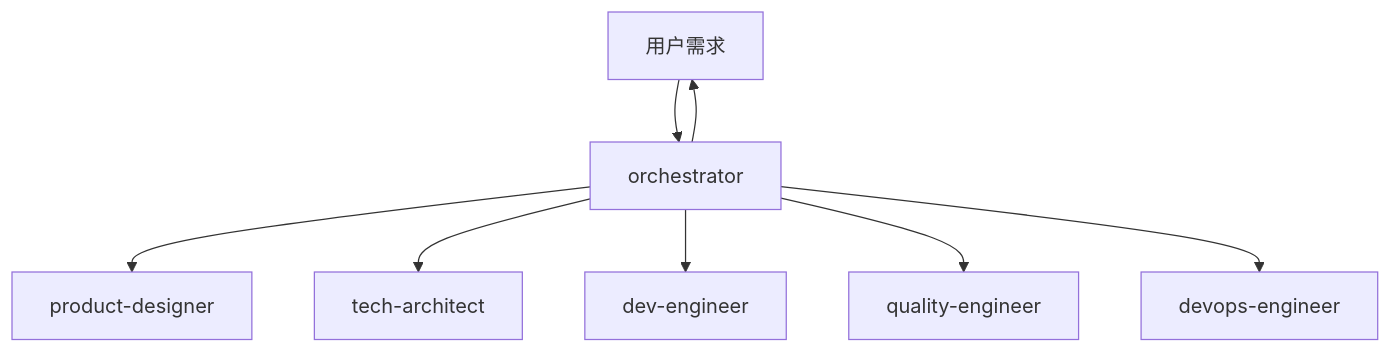
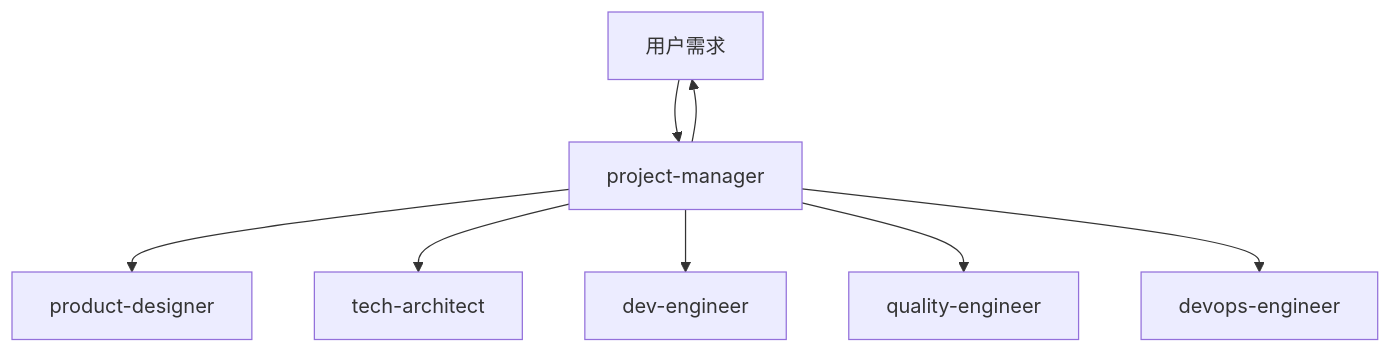
One commit to Tooooommy/Trae-Workflow changed the first of 2 diagrams in README.md. Above: the diagram before and after it, drawn with Mermaid. The commit also changed other lines of this file and 13 other files, not shown here.

First line of the commit message:
refactor: 将 orchestrator 重命名为 project-manager

````diff
--- a/README.md
+++ b/README.md
@@ -139,10 +139,10 @@
 ```mermaid
 flowchart TD
-    User[用户需求] --> O[orchestrator]
+    User[用户需求] --> O[project-manager]
     O --> P[product-designer]
     O --> T[tech-architect]
     O --> D[dev-engineer]
     O --> Q[quality-engineer]
     O --> DO[devops-engineer]
     O --> User
 ```
````
